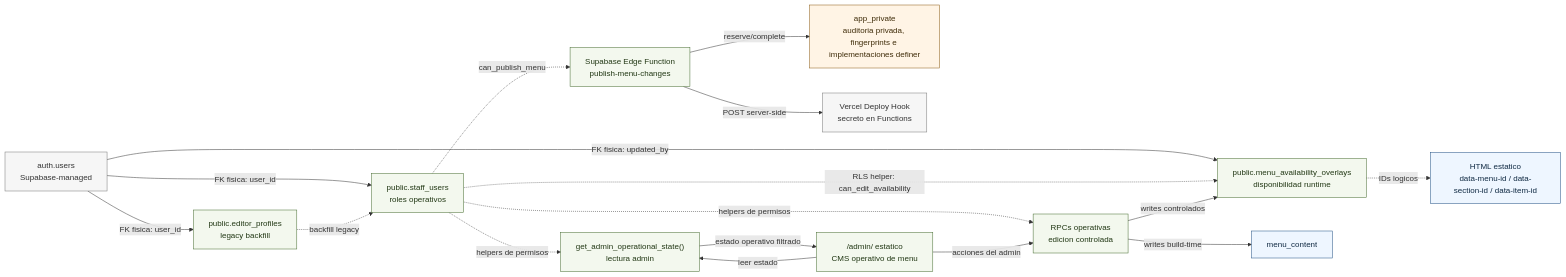
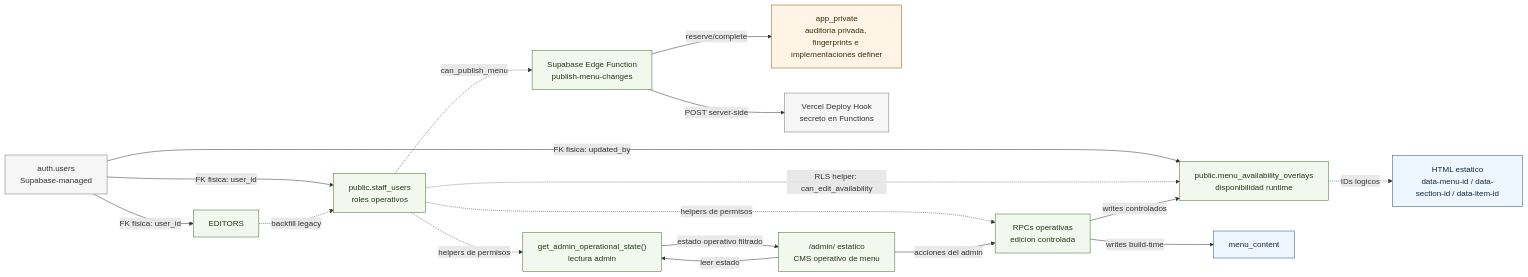
The third of 3 diagrams in docs/supabase/schema-diagram.md (materamos/ElFaraonCatering), drawn with Mermaid before and after one commit. The commit also changed other lines of this file and 26 other files, not shown here.

````diff
--- a/docs/supabase/schema-diagram.md
+++ b/docs/supabase/schema-diagram.md
@@ -187,41 +173,40 @@
 ```mermaid
 flowchart LR
   AUTH_USERS["auth.users<br/>Supabase-managed"]
   STAFF["public.staff_users<br/>roles operativos"]
-  EDITORS["public.editor_profiles<br/>legacy backfill"]
   OVERLAYS["public.menu_availability_overlays<br/>disponibilidad runtime"]
   READ_RPC["get_admin_operational_state()<br/>lectura admin"]
   WRITE_RPCS["RPCs operativas<br/>edicion controlada"]
   EDGE["Supabase Edge Function<br/>publish-menu-changes"]
   PRIVATE["app_private<br/>auditoria privada, fingerprints e implementaciones definer"]
   VERCEL["Vercel Deploy Hook<br/>secreto en Functions"]
   ADMIN_UI["/admin/ estatico<br/>CMS operativo de menu"]
   STATIC["HTML estatico<br/>data-menu-id / data-section-id / data-item-id"]
 
   AUTH_USERS -->|"FK fisica: user_id"| STAFF
   AUTH_USERS -->|"FK fisica: user_id"| EDITORS
   AUTH_USERS -->|"FK fisica: updated_by"| OVERLAYS
   EDITORS -. "backfill legacy" .-> STAFF
   STAFF -. "RLS helper: can_edit_availability" .-> OVERLAYS
   STAFF -. "helpers de permisos" .-> READ_RPC
   STAFF -. "helpers de permisos" .-> WRITE_RPCS
   STAFF -. "can_publish_menu" .-> EDGE
   ADMIN_UI -->|"leer estado"| READ_RPC
   ADMIN_UI -->|"acciones del admin"| WRITE_RPCS
   READ_RPC -->|"estado operativo filtrado"| ADMIN_UI
   WRITE_RPCS -->|"writes controlados"| OVERLAYS
   WRITE_RPCS -->|"writes build-time"| MENU_CONTENT["menu_content"]
   EDGE -->|"reserve/complete"| PRIVATE
   EDGE -->|"POST server-side"| VERCEL
   OVERLAYS -. "IDs logicos" .-> STATIC
 
   classDef runtime fill:#f3f8ee,stroke:#446b2f,color:#223815;
   classDef structural fill:#eef6ff,stroke:#1f4f82,color:#102a43;
   classDef private fill:#fff4e5,stroke:#8a5a13,color:#3f2c09;
   classDef platform fill:#f6f6f6,stroke:#777,color:#333;
 
   class STAFF,EDITORS,OVERLAYS,READ_RPC,WRITE_RPCS,EDGE,ADMIN_UI runtime;
   class STATIC,MENU_CONTENT structural;
   class PRIVATE private;
   class AUTH_USERS,VERCEL platform;
 ```
````
